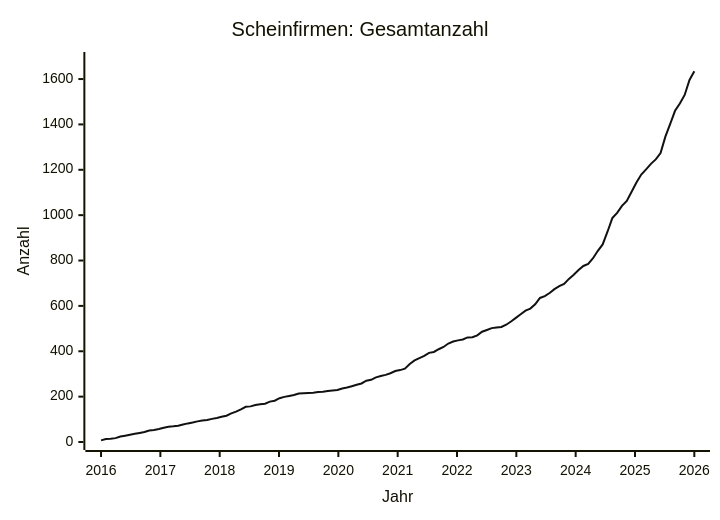
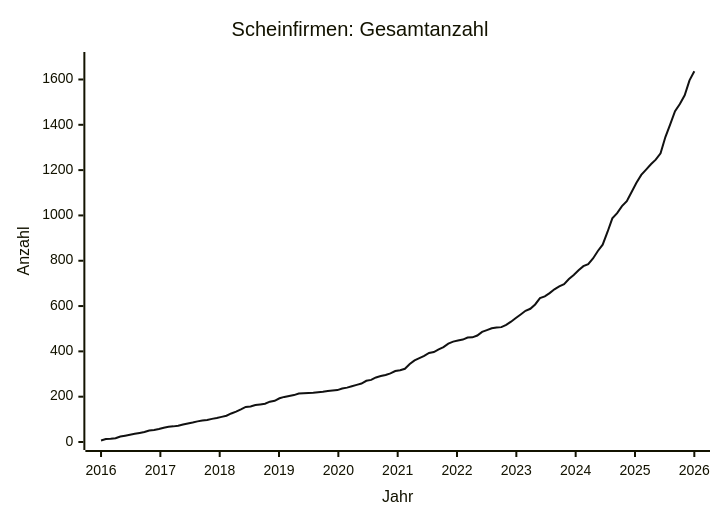
The diagram in data/STATS.md (arjoma/scheinfirmen-at), drawn with Mermaid before and after one commit. The commit also changed other lines of this file and 3 other files, not shown here.

````diff
--- a/data/STATS.md
+++ b/data/STATS.md
@@ -9,13 +9,13 @@
 ```mermaid
 ---
 config:
   themeVariables:
     xyChart:
       plotColorPalette: "#111111"
 ---
 xychart-beta
     title "Scheinfirmen: Gesamtanzahl"
     x-axis "Jahr" 2016 --> 2026
-    y-axis "Anzahl" 0 --> 1684
-    line [7, 13, 14, 17, 24, 28, 32, 36, 40, 44, 51, 53, 57, 63, 67, 69, 72, 77, 82, 86, 91, 95, 97, 102, 106, 111, 116, 126, 134, 144, 155, 157, 163, 166, 169, 178, 182, 193, 199, 203, 207, 214, 215, 216, 217, 220, 222, 225, 227, 229, 236, 240, 246, 252, 258, 270, 274, 285, 291, 296, 303, 313, 317, 323, 344, 360, 370, 380, 393, 397, 409, 419, 434, 443, 448, 452, 461, 462, 470, 486, 494, 502, 505, 507, 517, 531, 547, 563, 579, 588, 607, 635, 643, 657, 674, 687, 697, 719, 737, 758, 776, 785, 810, 843, 871, 927, 987, 1010, 1041, 1063, 1103, 1144, 1179, 1202, 1226, 1246, 1274, 1346, 1402, 1460, 1492, 1530, 1596, 1634]
+    y-axis "Anzahl" 0 --> 1686
+    line [7, 13, 14, 17, 24, 28, 32, 36, 40, 44, 51, 53, 57, 63, 67, 69, 72, 77, 82, 86, 91, 95, 97, 102, 106, 111, 116, 126, 134, 144, 155, 157, 163, 166, 169, 178, 182, 193, 199, 203, 207, 214, 215, 216, 217, 220, 222, 225, 227, 229, 236, 240, 246, 252, 258, 270, 274, 285, 291, 296, 303, 313, 317, 323, 344, 360, 370, 380, 393, 397, 409, 419, 434, 443, 448, 452, 461, 462, 470, 486, 494, 502, 505, 507, 517, 531, 547, 563, 579, 588, 607, 635, 643, 657, 674, 687, 697, 719, 737, 758, 776, 785, 810, 843, 871, 927, 987, 1010, 1041, 1063, 1103, 1144, 1179, 1202, 1226, 1246, 1274, 1346, 1402, 1460, 1492, 1530, 1596, 1636]
 ```
````
